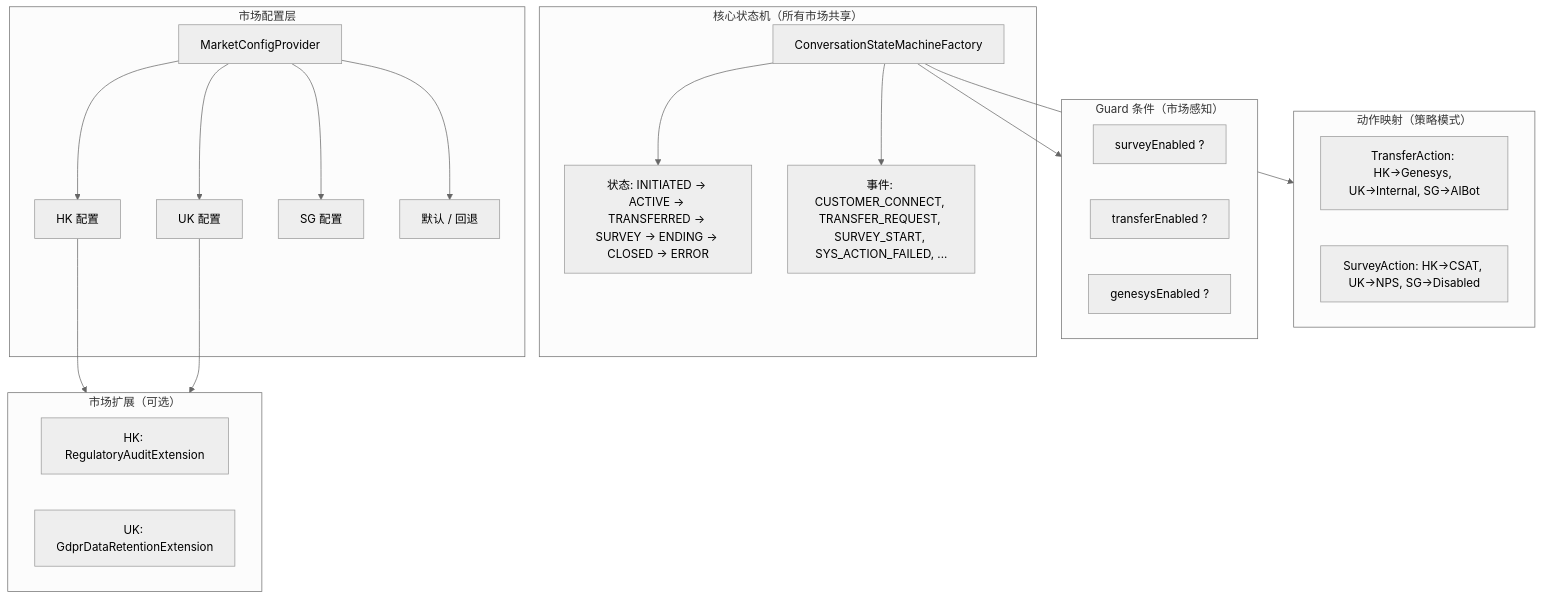
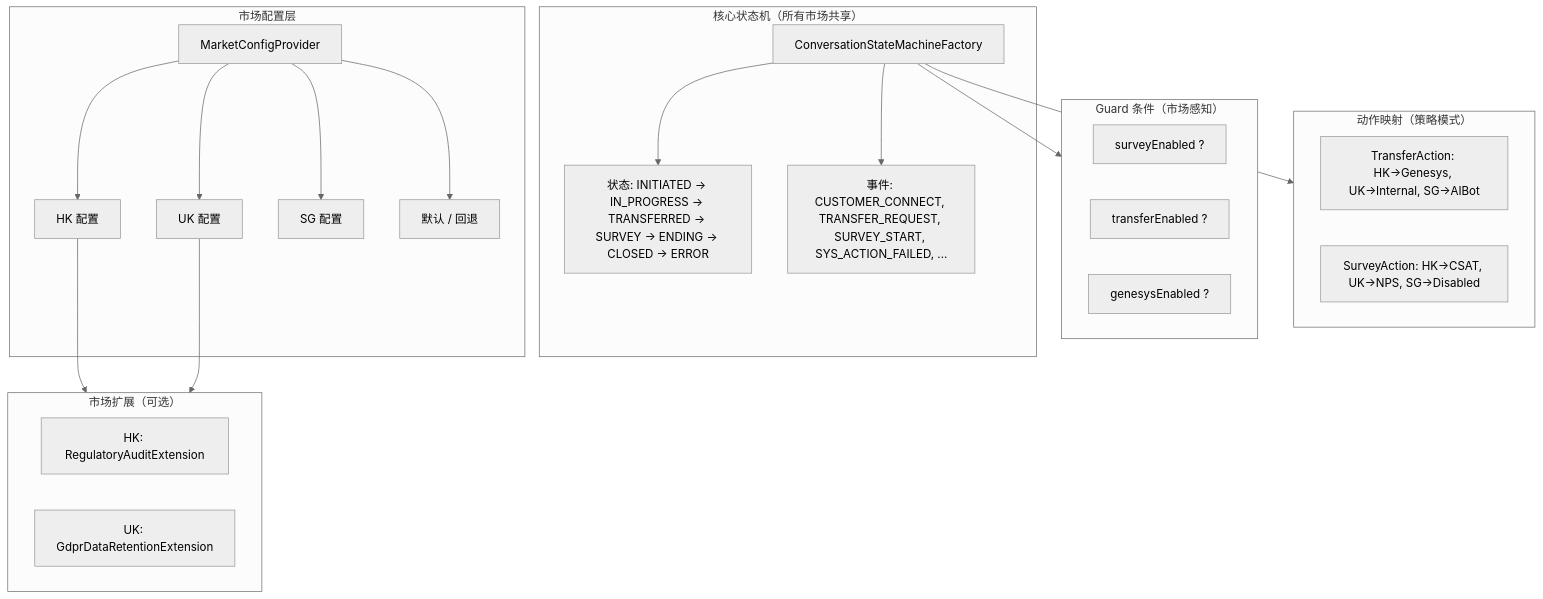
The diagram in 08-Code/state-machine/docs/zh/06-Multi-Market-Design.md (huangzhiqiu/ai-knowledge-design), drawn with Mermaid (neutral theme) before and after one commit. The commit also changed other lines of this file and 23 other files, not shown here.

````diff
--- a/08-Code/state-machine/docs/zh/06-Multi-Market-Design.md
+++ b/08-Code/state-machine/docs/zh/06-Multi-Market-Design.md
@@ -92,43 +92,43 @@
 ```mermaid
 flowchart TB
     subgraph Core["核心状态机（所有市场共享）"]
         SM[ConversationStateMachineFactory]
-        STATES[状态: INITIATED → ACTIVE → TRANSFERRED → SURVEY → ENDING → CLOSED → ERROR]
+        STATES[状态: INITIATED → IN_PROGRESS → TRANSFERRED → SURVEY → ENDING → CLOSED → ERROR]
         EVENTS[事件: CUSTOMER_CONNECT, TRANSFER_REQUEST, SURVEY_START, SYS_ACTION_FAILED, ...]
     end
 
     subgraph Config["市场配置层"]
         PROVIDER[MarketConfigProvider]
         HK[HK 配置]
         UK[UK 配置]
         SG[SG 配置]
         DEFAULT[默认 / 回退]
     end
 
     subgraph Guards["Guard 条件（市场感知）"]
         G1[surveyEnabled ?]
         G2[transferEnabled ?]
         G3[genesysEnabled ?]
     end
 
     subgraph Actions["动作映射（策略模式）"]
         A1[TransferAction: HK→Genesys, UK→Internal, SG→AIBot]
         A2[SurveyAction: HK→CSAT, UK→NPS, SG→Disabled]
     end
 
     subgraph Extensions["市场扩展（可选）"]
         EXT_HK[HK: RegulatoryAuditExtension]
         EXT_UK[UK: GdprDataRetentionExtension]
     end
 
     SM --> STATES
     SM --> EVENTS
     PROVIDER --> HK
     PROVIDER --> UK
     PROVIDER --> SG
     PROVIDER --> DEFAULT
     SM --> Guards
     SM --> Actions
     HK --> Extensions
     UK --> Extensions
 ```
````
